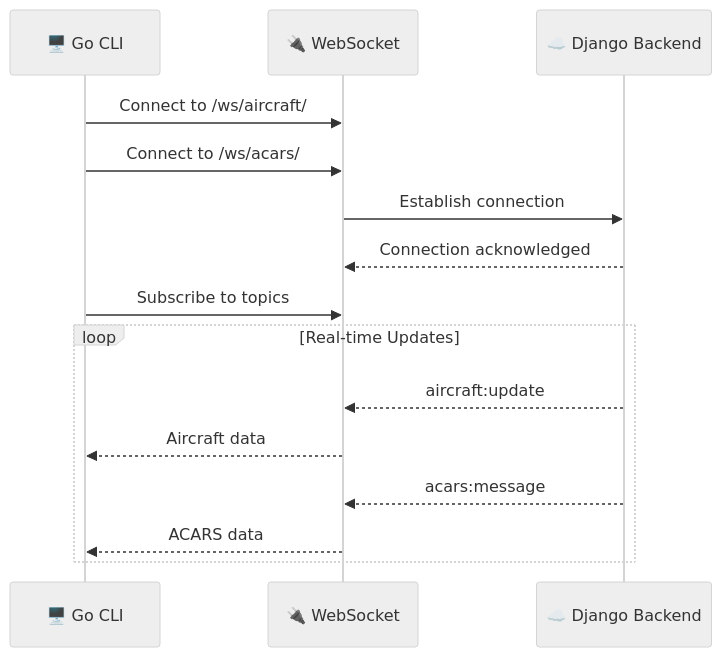
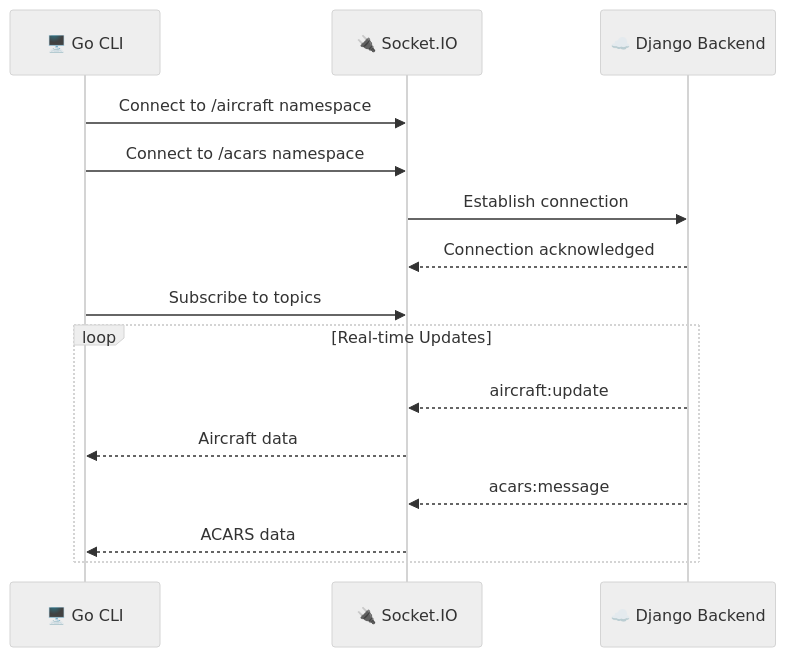
One commit to CHA0S-CORP/SkySpy changed the second of 5 diagrams in docs/07-go-services.md. Above: the diagram before and after it, drawn with Mermaid (neutral theme). The commit also changed other lines of this file and 66 other files, not shown here.

````diff
--- a/docs/07-go-services.md
+++ b/docs/07-go-services.md
@@ -594,18 +598,18 @@
 ```mermaid
 sequenceDiagram
     participant CLI as 🖥️ Go CLI
-    participant WS as 🔌 WebSocket
+    participant SIO as 🔌 Socket.IO
     participant Django as ☁️ Django Backend
 
-    CLI->>WS: Connect to /ws/aircraft/
-    CLI->>WS: Connect to /ws/acars/
-    WS->>Django: Establish connection
-    Django-->>WS: Connection acknowledged
-    CLI->>WS: Subscribe to topics
+    CLI->>SIO: Connect to /aircraft namespace
+    CLI->>SIO: Connect to /acars namespace
+    SIO->>Django: Establish connection
+    Django-->>SIO: Connection acknowledged
+    CLI->>SIO: Subscribe to topics
     loop Real-time Updates
-        Django-->>WS: aircraft:update
-        WS-->>CLI: Aircraft data
-        Django-->>WS: acars:message
-        WS-->>CLI: ACARS data
+        Django-->>SIO: aircraft:update
+        SIO-->>CLI: Aircraft data
+        Django-->>SIO: acars:message
+        SIO-->>CLI: ACARS data
     end
 ```
````
